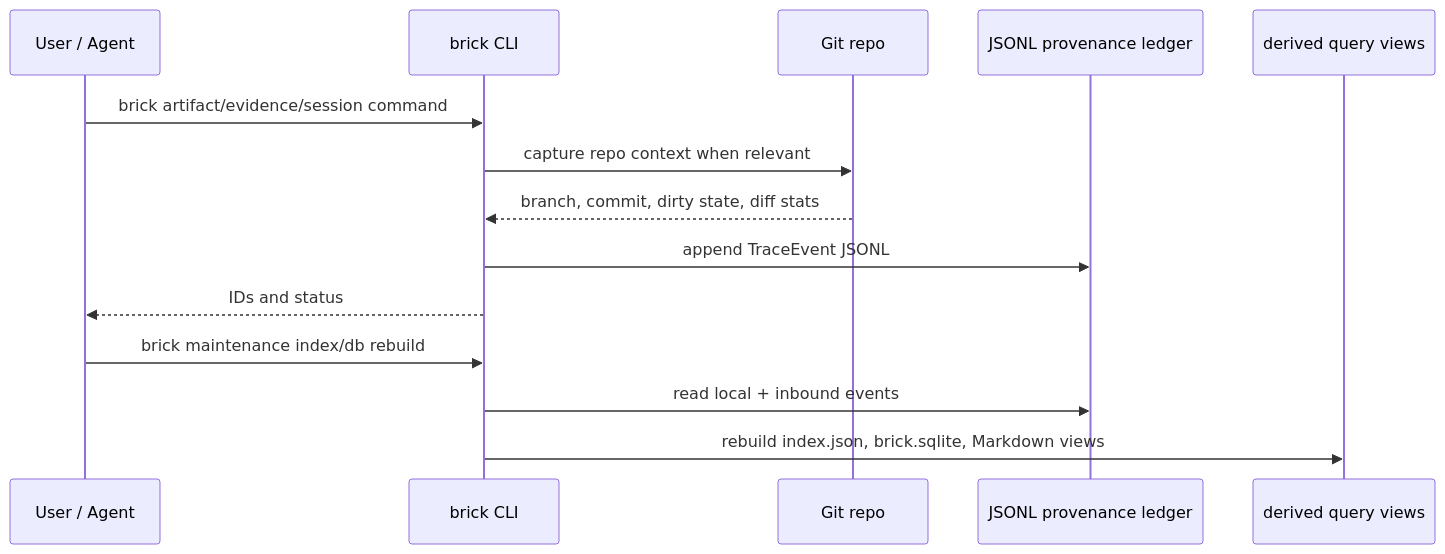
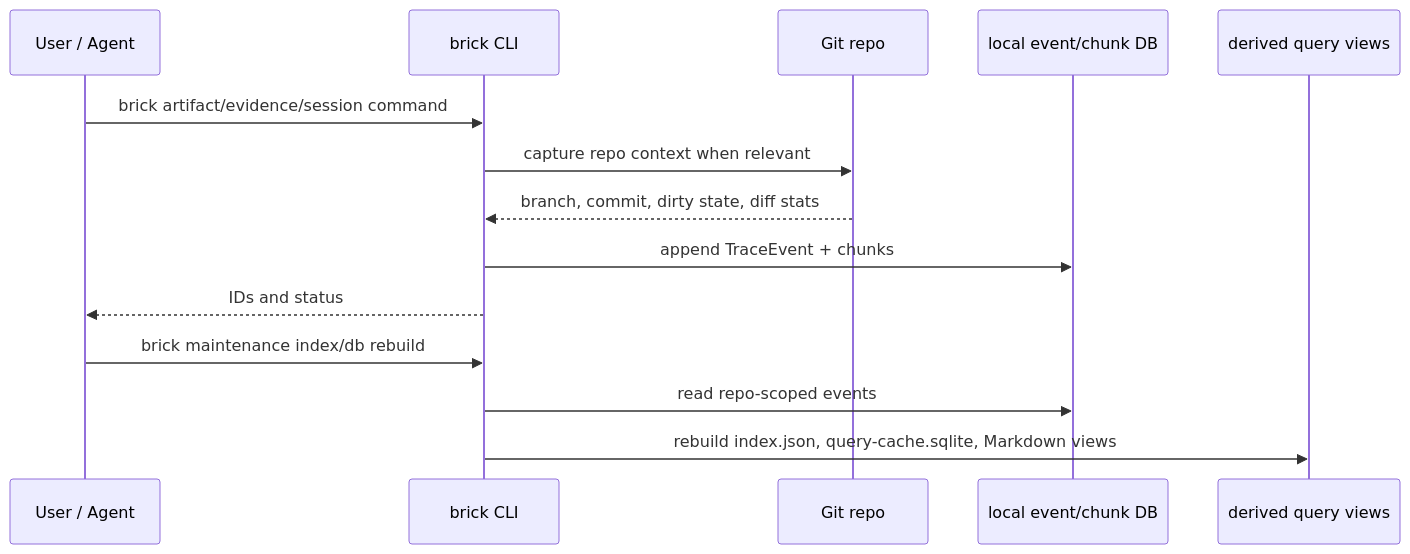
One commit to yorgai/org-trace changed the fourth of 5 diagrams in docs/architecture/architecture.md. Above: the diagram before and after it, drawn with Mermaid. The commit also changed other lines of this file and 17 other files, not shown here.

````diff
--- a/docs/architecture/architecture.md
+++ b/docs/architecture/architecture.md
@@ -100,17 +93,17 @@
 ```mermaid
 sequenceDiagram
     participant User as User / Agent
     participant CLI as brick CLI
     participant Git as Git repo
-    participant Ledger as JSONL provenance ledger
+    participant EventDB as local event/chunk DB
     participant Views as derived query views
 
     User->>CLI: brick artifact/evidence/session command
     CLI->>Git: capture repo context when relevant
     Git-->>CLI: branch, commit, dirty state, diff stats
-    CLI->>Ledger: append TraceEvent JSONL
+    CLI->>EventDB: append TraceEvent + chunks
     CLI-->>User: IDs and status
     User->>CLI: brick maintenance index/db rebuild
-    CLI->>Ledger: read local + inbound events
-    CLI->>Views: rebuild index.json, brick.sqlite, Markdown views
+    CLI->>EventDB: read repo-scoped events
+    CLI->>Views: rebuild index.json, query-cache.sqlite, Markdown views
 ```
````
